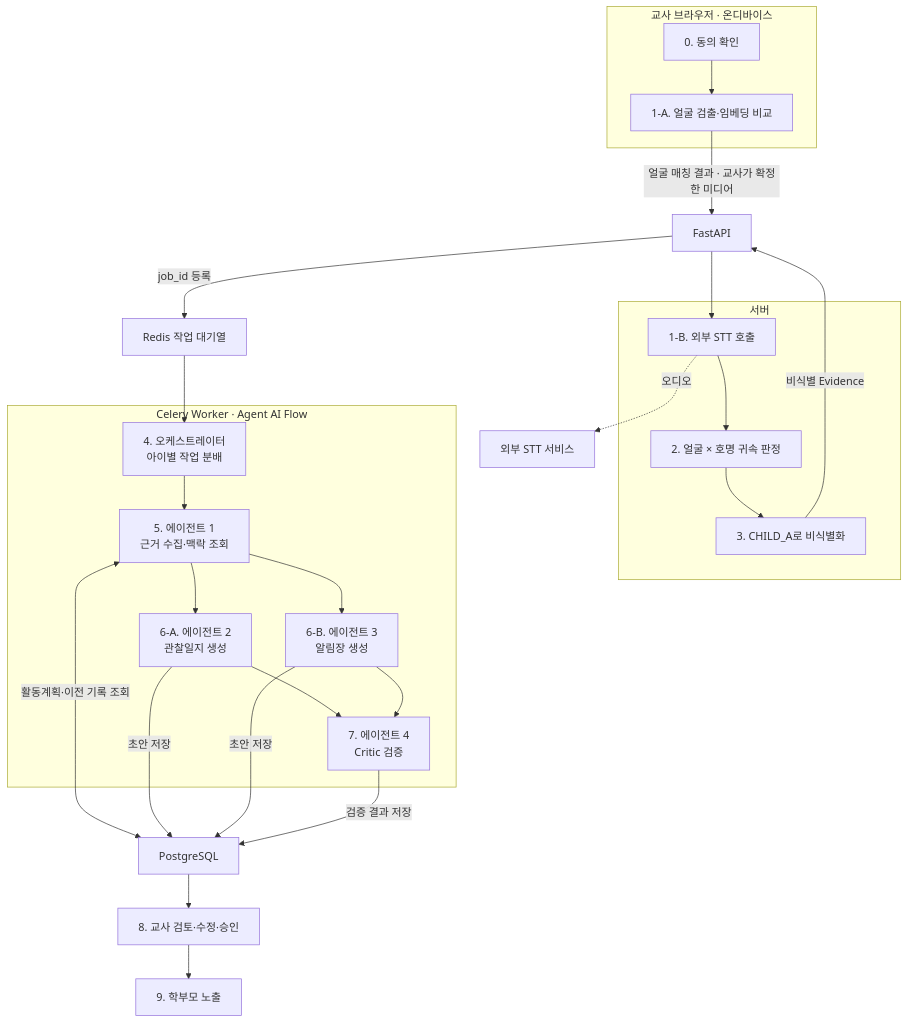
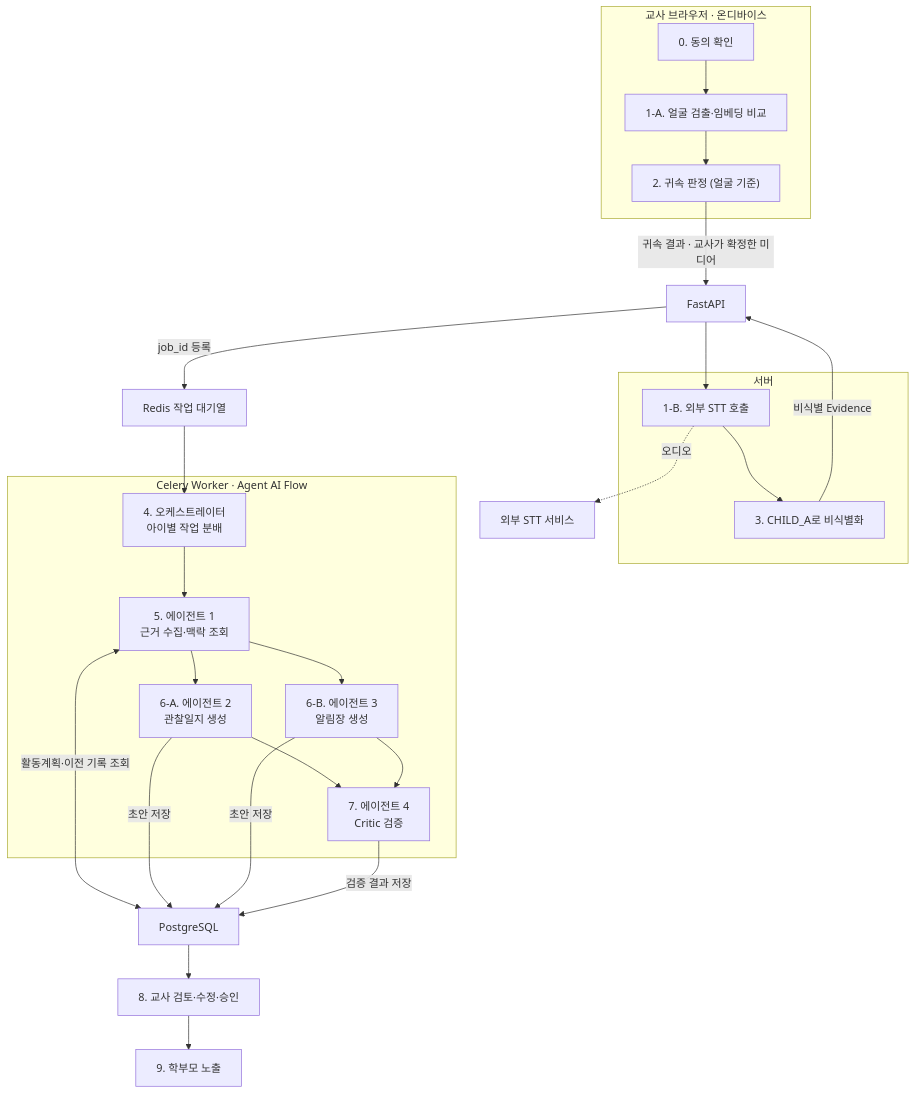
The eighth of 8 diagrams in docs/테크스펙.md (kakaotechcampus-4/ktc4-chungnam-4), drawn with Mermaid before and after one commit. The commit also changed other lines of this file and 1 other file, not shown here.

````diff
--- a/docs/테크스펙.md
+++ b/docs/테크스펙.md
@@ -1162,51 +1165,51 @@
 ```mermaid
 flowchart TB
     subgraph DEVICE["교사 브라우저 · 온디바이스"]
         CONSENT["0. 동의 확인"]
         FACE["1-A. 얼굴 검출·임베딩 비교"]
+        MATCH["2. 귀속 판정 (얼굴 기준)"]
 
         CONSENT --> FACE
+        FACE --> MATCH
     end
 
-    FACE -->|"얼굴 매칭 결과 · 교사가 확정한 미디어"| API["FastAPI"]
+    MATCH -->|"귀속 결과 · 교사가 확정한 미디어"| API["FastAPI"]
 
     subgraph SERVER["서버"]
         STT["1-B. 외부 STT 호출"]
-        MATCH["2. 얼굴 × 호명 귀속 판정"]
         ANON["3. CHILD_A로 비식별화"]
 
-        STT --> MATCH
-        MATCH --> ANON
+        STT --> ANON
     end
 
     API --> STT
     STT -.->|"오디오"| EXTSTT["외부 STT 서비스"]
     ANON -->|"비식별 Evidence"| API
 
     API -->|"job_id 등록"| REDIS["Redis 작업 대기열"]
 
     subgraph WORKER["Celery Worker · Agent AI Flow"]
         ORCH["4. 오케스트레이터<br/>아이별 작업 분배"]
         AGENT1["5. 에이전트 1<br/>근거 수집·맥락 조회"]
         AGENT2["6-A. 에이전트 2<br/>관찰일지 생성"]
         AGENT3["6-B. 에이전트 3<br/>알림장 생성"]
         CRITIC["7. 에이전트 4<br/>Critic 검증"]
 
         ORCH --> AGENT1
         AGENT1 --> AGENT2
         AGENT1 --> AGENT3
         AGENT2 --> CRITIC
         AGENT3 --> CRITIC
     end
 
     REDIS --> ORCH
 
     AGENT1 <-->|"활동계획·이전 기록 조회"| DB["PostgreSQL"]
     AGENT2 -->|"초안 저장"| DB
     AGENT3 -->|"초안 저장"| DB
     CRITIC -->|"검증 결과 저장"| DB
 
     DB --> REVIEW["8. 교사 검토·수정·승인"]
     REVIEW --> PUBLISH["9. 학부모 노출"]
     
 ```
````
